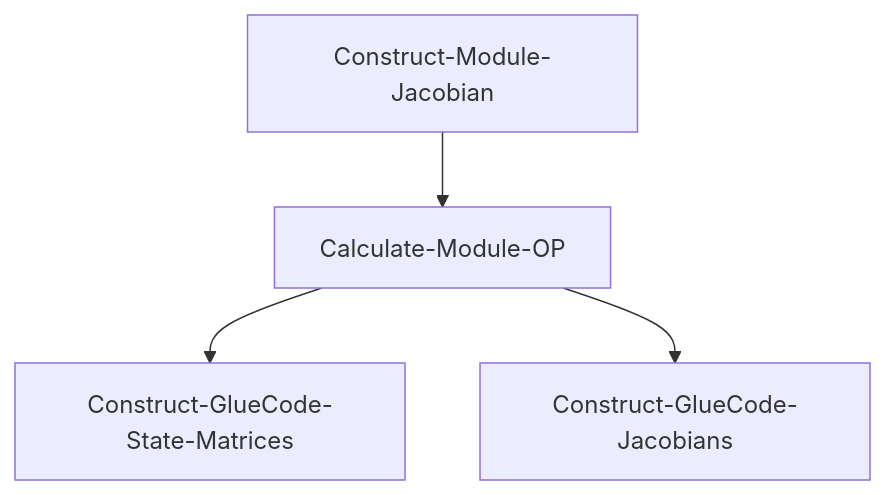
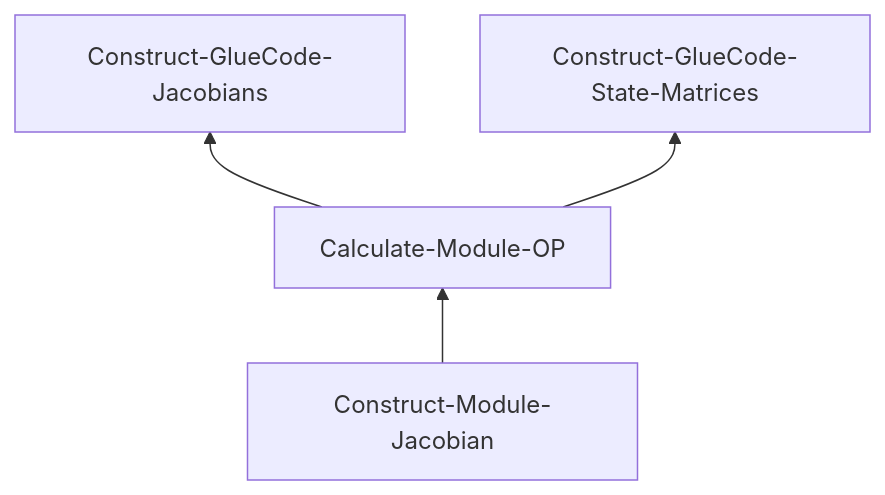
Before and after one commit to OpenFAST/openfast: the diagram in docs/source/dev/performance.rst, drawn with Mermaid. The commit also changed other lines of this file, not shown here.

Commit message:
Update call graph and add memory overhead

```diff
--- a/docs/source/dev/performance.rst
+++ b/docs/source/dev/performance.rst
@@ -435,6 +439,6 @@
 .. mermaid::
 
-  graph TD;
+  graph BT;
+    Calculate-Module-OP-->Construct-GlueCode-Jacobians;
+    Calculate-Module-OP-->Construct-GlueCode-State-Matrices;
     Construct-Module-Jacobian-->Calculate-Module-OP;
-    Calculate-Module-OP-->Construct-GlueCode-State-Matrices;
-    Calculate-Module-OP-->Construct-GlueCode-Jacobians;
```
